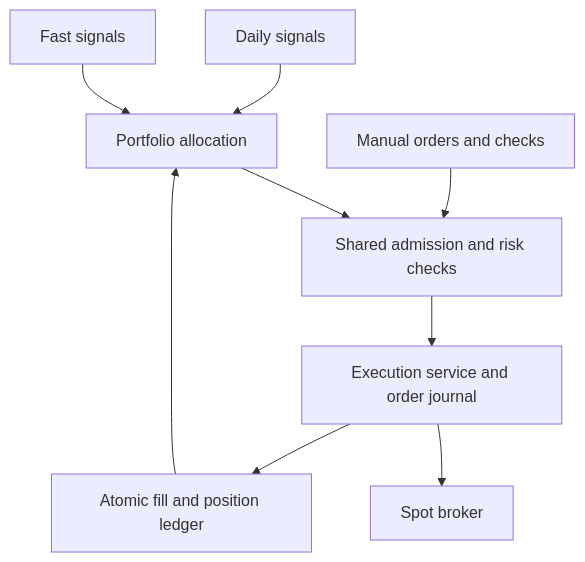
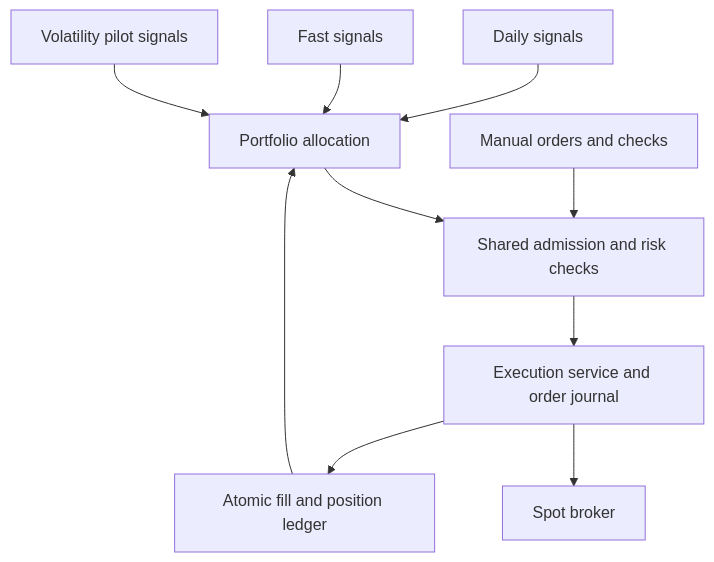
Before and after one commit to rosnettensor/tradingbotty: the diagram in ARCHITECTURE.md, drawn with Mermaid. The commit also changed other lines of this file and 34 other files, not shown here.

First line of the commit message:
Add explicitly enabled Volatility live pilot with bounded capital and shared execution

````diff
--- a/ARCHITECTURE.md
+++ b/ARCHITECTURE.md
@@ -15,11 +15,12 @@
 ```mermaid
 flowchart TD
     D[Daily signals] --> P[Portfolio allocation]
     F[Fast signals] --> P
+    V[Volatility pilot signals] --> P
     P --> G[Shared admission and risk checks]
     M[Manual orders and checks] --> G
     G --> E[Execution service and order journal]
     E --> B[Spot broker]
     E --> L[Atomic fill and position ledger]
     L --> P
 ```
````
